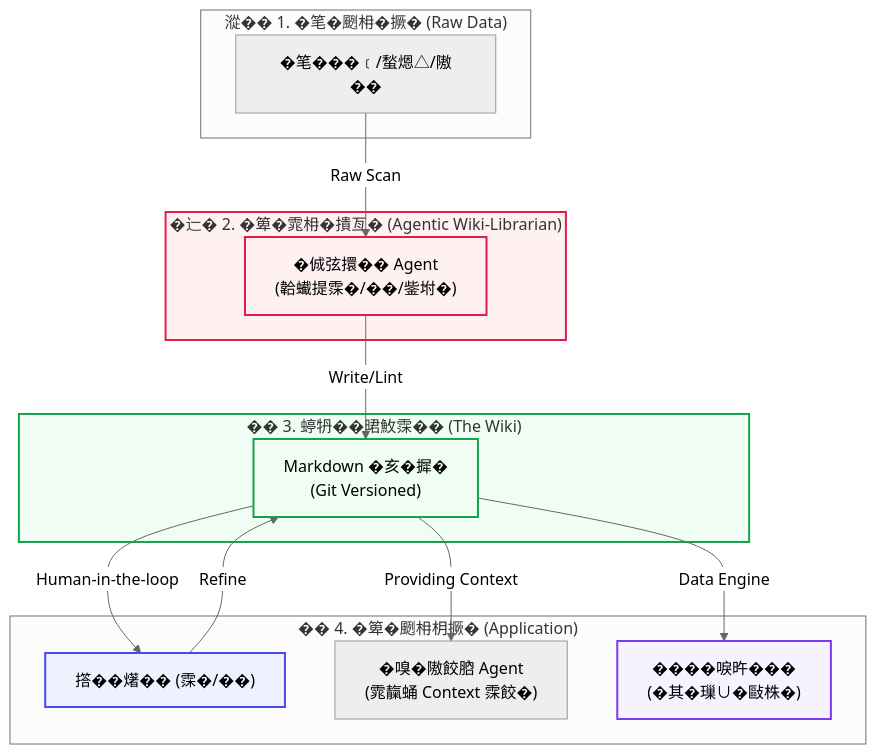
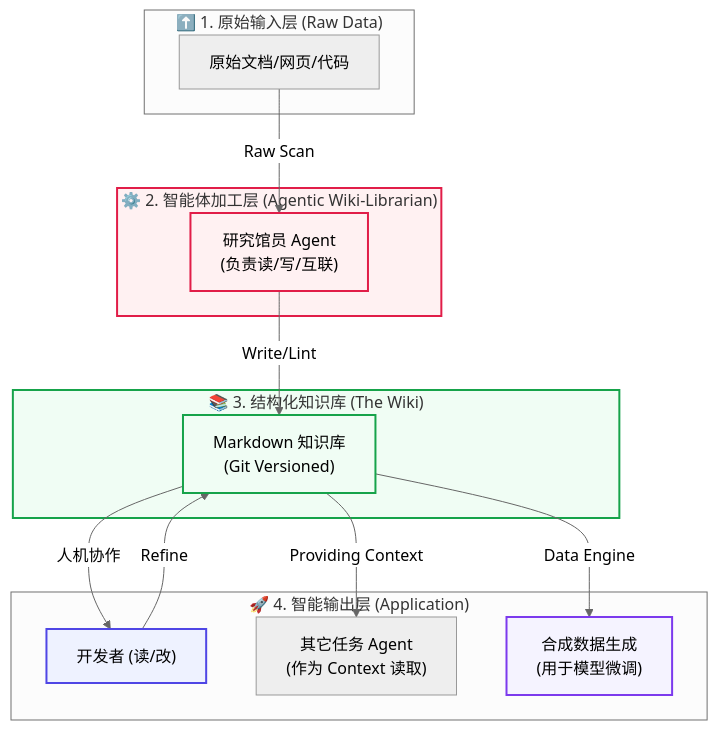
Before and after one commit to wangchong2023/lang-chain-graph: the tenth of 13 diagrams in doc/AI_Knowledge_Roadmap.md, drawn with Mermaid (neutral theme). The commit also changed other lines of this file, not shown here.

Commit message:
docs: update AI knowledge roadmap with new learning resources and milestones

````diff
--- a/doc/AI_Knowledge_Roadmap.md
+++ b/doc/AI_Knowledge_Roadmap.md
@@ -1088,35 +890,35 @@
     ```mermaid
     graph TD
-        subgraph RawInput ["漎�� 1. �笔�颲枏�撅� (Raw Data)"]
-            Docs["�笔���﹝/蝵煾△/隞��"]
+        subgraph RawInput ["⬆️ 1. 原始输入层 (Raw Data)"]
+            Docs["原始文档/网页/代码"]
         end
     
-        subgraph LibrarianLayer ["�辷� 2. �箄�雿枏�撌亙� (Agentic Wiki-Librarian)"]
-            Librarian["�𠉛弦擐�� Agent<br>(韐蠘提霂�/��/鈭坿�)"]
+        subgraph LibrarianLayer ["⚙️ 2. 智能体加工层 (Agentic Wiki-Librarian)"]
+            Librarian["研究馆员 Agent<br>(负责读/写/互联)"]
         end
     
-        subgraph WikiLayer ["�� 3. 蝏𤘪��𣇉䰻霂�� (The Wiki)"]
-            Wiki["Markdown �亥�摨�<br>(Git Versioned)"]
+        subgraph WikiLayer ["📚 3. 结构化知识库 (The Wiki)"]
+            Wiki["Markdown 知识库<br>(Git Versioned)"]
         end
     
-        subgraph OutputLayer ["�� 4. �箄�颲枏枂撅� (Application)"]
-            Dev["撘��𤏸�� (霂�/��)"]
-            OtherAgents["�嗅�隞餃𦛚 Agent<br>(雿靝蛹 Context 霂餃�)"]
-            SFT["����唳旿���<br>(�其�璅∪�敺株�)"]
+        subgraph OutputLayer ["🚀 4. 智能输出层 (Application)"]
+            Dev["开发者 (读/改)"]
+            OtherAgents["其它任务 Agent<br>(作为 Context 读取)"]
+            SFT["合成数据生成<br>(用于模型微调)"]
         end
     
         Docs -->|Raw Scan| Librarian
         Librarian -->|Write/Lint| Wiki
-        Wiki -->|Human-in-the-loop| Dev
+        Wiki -->|人机协作| Dev
         Dev -->|Refine| Wiki
         Wiki -->|Providing Context| OtherAgents
         Wiki -->|Data Engine| SFT
     
-        %% �瑕�蝢𤾸�
+        %% 样式美化
         style Librarian fill:#fff1f2,stroke:#e11d48,stroke-width:2px
         style Wiki fill:#f0fdf4,stroke:#16a34a,stroke-width:2px
         style Dev fill:#eef2ff,stroke:#4f46e5,stroke-width:2px
         style SFT fill:#f5f3ff,stroke:#7c3aed,stroke-width:2px
         style LibrarianLayer fill:#fff1f2,stroke:#e11d48,stroke-width:2px
         style WikiLayer fill:#f0fdf4,stroke:#16a34a,stroke-width:2px
     ```
````
